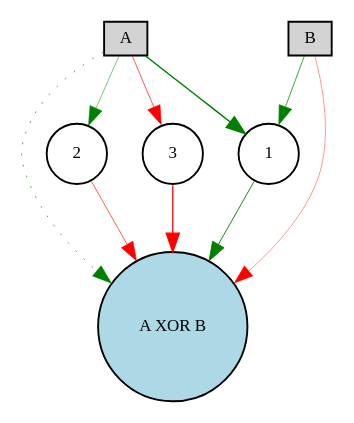
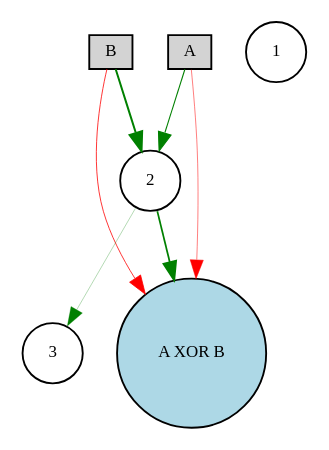
Before and after one commit to ozamanan/NEAT-python: the diagram in neat-python-0.9/examples/xor/Digraph.gv, drawn with Graphviz. The commit also changed 94 other files, not shown here.

```diff
--- a/neat-python-0.9/examples/xor/Digraph.gv
+++ b/neat-python-0.9/examples/xor/Digraph.gv
@@ -1,18 +1,15 @@
 digraph {
 	node [fontsize=9 height=0.2 shape=circle width=0.2]
 		A [fillcolor=lightgray shape=box style=filled]
 		B [fillcolor=lightgray shape=box style=filled]
 		"A XOR B" [fillcolor=lightblue style=filled]
 		1 [fillcolor=white style=filled]
 		2 [fillcolor=white style=filled]
 		3 [fillcolor=white style=filled]
-			B -> 1 [color=green penwidth=0.388505212452 style=solid]
-			B -> "A XOR B" [color=red penwidth=0.215308574757 style=solid]
-			A -> 3 [color=red penwidth=0.353526711302 style=solid]
-			A -> 2 [color=green penwidth=0.262264303517 style=solid]
-			A -> 1 [color=green penwidth=0.810644059429 style=solid]
-			3 -> "A XOR B" [color=red penwidth=0.665982753484 style=solid]
-			2 -> "A XOR B" [color=red penwidth=0.341907304628 style=solid]
-			1 -> "A XOR B" [color=green penwidth=0.494474465249 style=solid]
-			A -> "A XOR B" [color=green penwidth=0.361188678206 style=dotted]
+			B -> 2 [color=green penwidth=1.05971577928 style=solid]
+			B -> "A XOR B" [color=red penwidth=0.423280826985 style=solid]
+			A -> 2 [color=green penwidth=0.570281620239 style=solid]
+			2 -> "A XOR B" [color=green penwidth=0.922875744082 style=solid]
+			2 -> 3 [color=green penwidth=0.162597717505 style=solid]
+			A -> "A XOR B" [color=red penwidth=0.270563831246 style=solid]
 }
```
